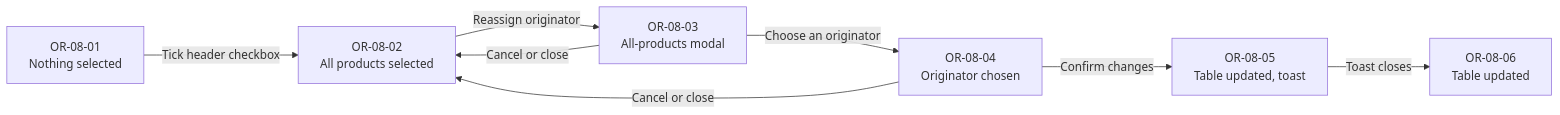
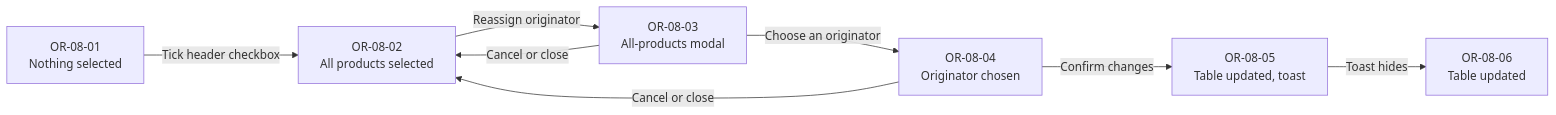
One commit to OGI-Product-Design/buckholt-ai changed the eighth of 11 diagrams in Originators/originators-spec.md. Above: the diagram before and after it, drawn with Mermaid. The commit also changed other lines of this file, not shown here.

````diff
--- a/Originators/originators-spec.md
+++ b/Originators/originators-spec.md
@@ -700,10 +716,10 @@
 ```mermaid
 flowchart LR
   A[OR-08-01<br/>Nothing selected] -->|Tick header checkbox| B[OR-08-02<br/>All products selected]
   B -->|Reassign originator| C[OR-08-03<br/>All-products modal]
   C -->|Choose an originator| D[OR-08-04<br/>Originator chosen]
   D -->|Confirm changes| E[OR-08-05<br/>Table updated, toast]
-  E -->|Toast closes| F[OR-08-06<br/>Table updated]
+  E -->|Toast hides| F[OR-08-06<br/>Table updated]
   C -->|Cancel or close| B
   D -->|Cancel or close| B
 ```
````
